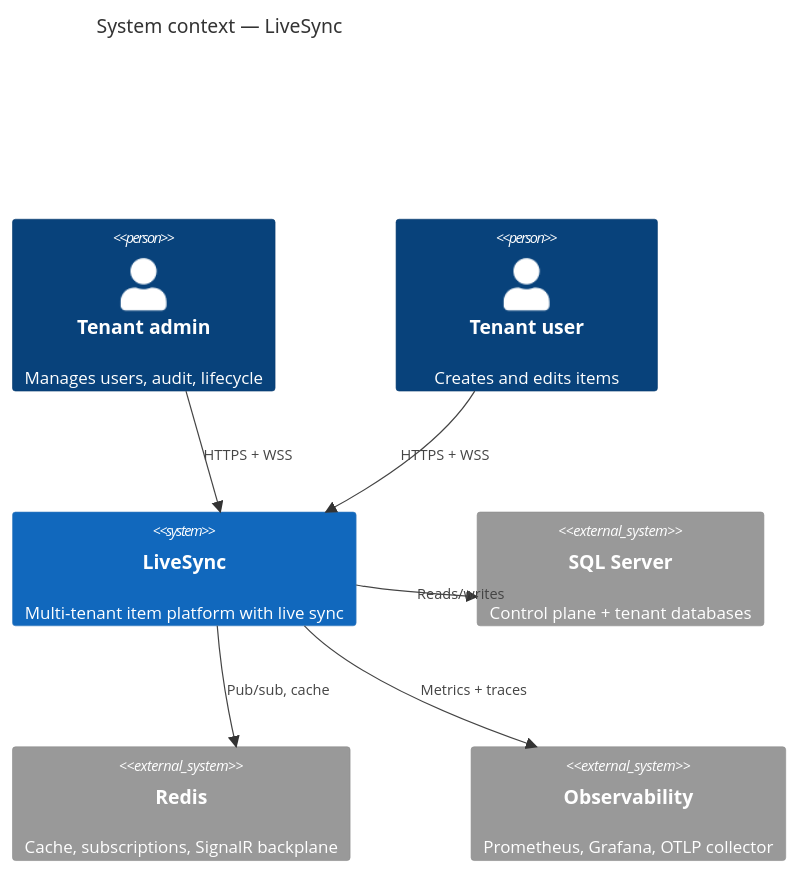
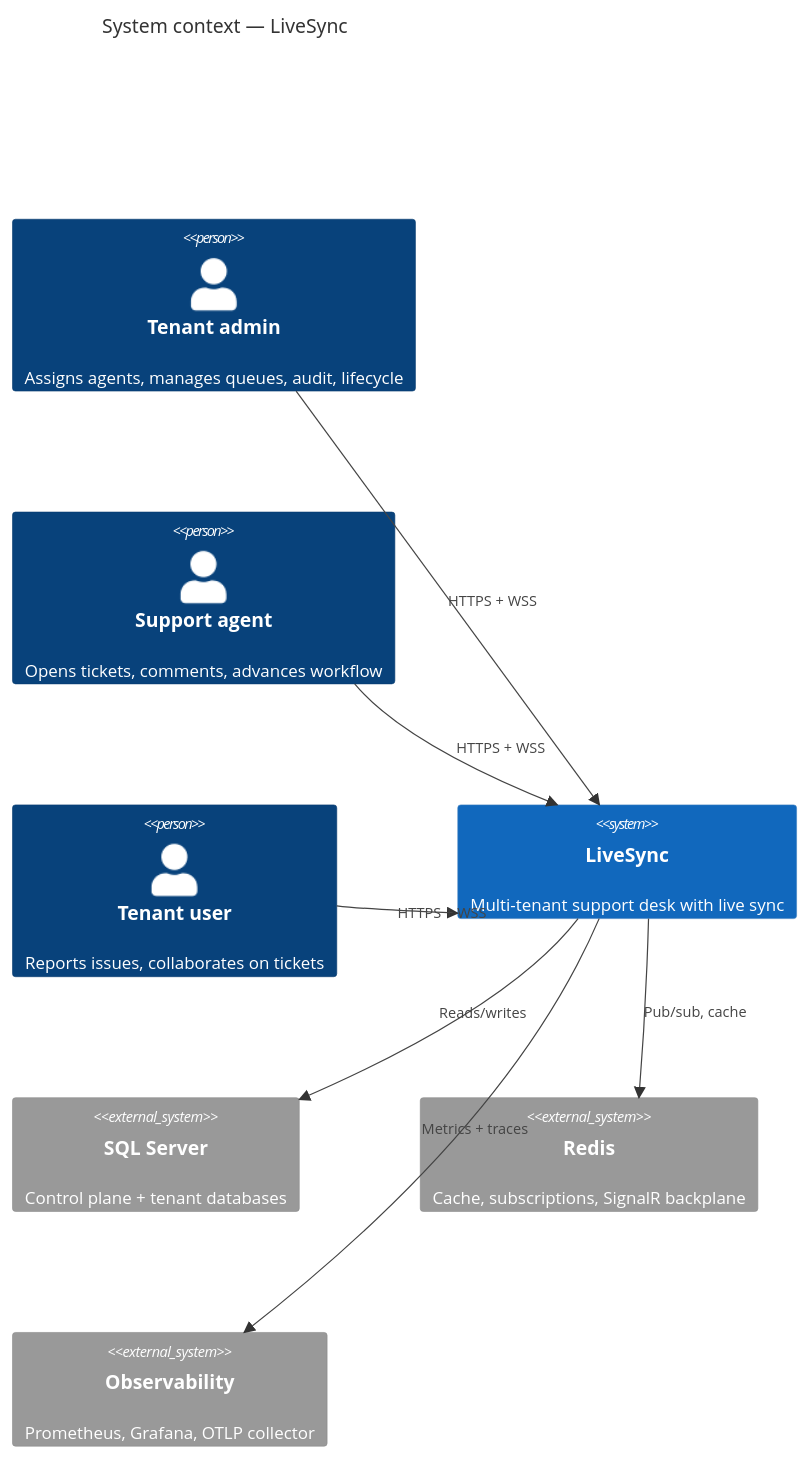
Before and after one commit to ismayilov449/LiveSync: the first of 4 diagrams in LiveSync.PushPlatform/docs/solution-architecture.md, drawn with Mermaid. The commit also changed other lines of this file and 215 other files, not shown here.

````diff
--- a/LiveSync.PushPlatform/docs/solution-architecture.md
+++ b/LiveSync.PushPlatform/docs/solution-architecture.md
@@ -29,19 +30,21 @@
 ```mermaid
 C4Context
     title System context — LiveSync
 
-    Person(admin, "Tenant admin", "Manages users, audit, lifecycle")
-    Person(user, "Tenant user", "Creates and edits items")
+    Person(admin, "Tenant admin", "Assigns agents, manages queues, audit, lifecycle")
+    Person(agent, "Support agent", "Opens tickets, comments, advances workflow")
+    Person(reporter, "Tenant user", "Reports issues, collaborates on tickets")
 
-    System(livesync, "LiveSync", "Multi-tenant item platform with live sync")
+    System(livesync, "LiveSync", "Multi-tenant support desk with live sync")
 
     System_Ext(sql, "SQL Server", "Control plane + tenant databases")
     System_Ext(redis, "Redis", "Cache, subscriptions, SignalR backplane")
     System_Ext(obs, "Observability", "Prometheus, Grafana, OTLP collector")
 
     Rel(admin, livesync, "HTTPS + WSS")
-    Rel(user, livesync, "HTTPS + WSS")
+    Rel(agent, livesync, "HTTPS + WSS")
+    Rel(reporter, livesync, "HTTPS + WSS")
     Rel(livesync, sql, "Reads/writes")
     Rel(livesync, redis, "Pub/sub, cache")
     Rel(livesync, obs, "Metrics + traces")
 ```
````
